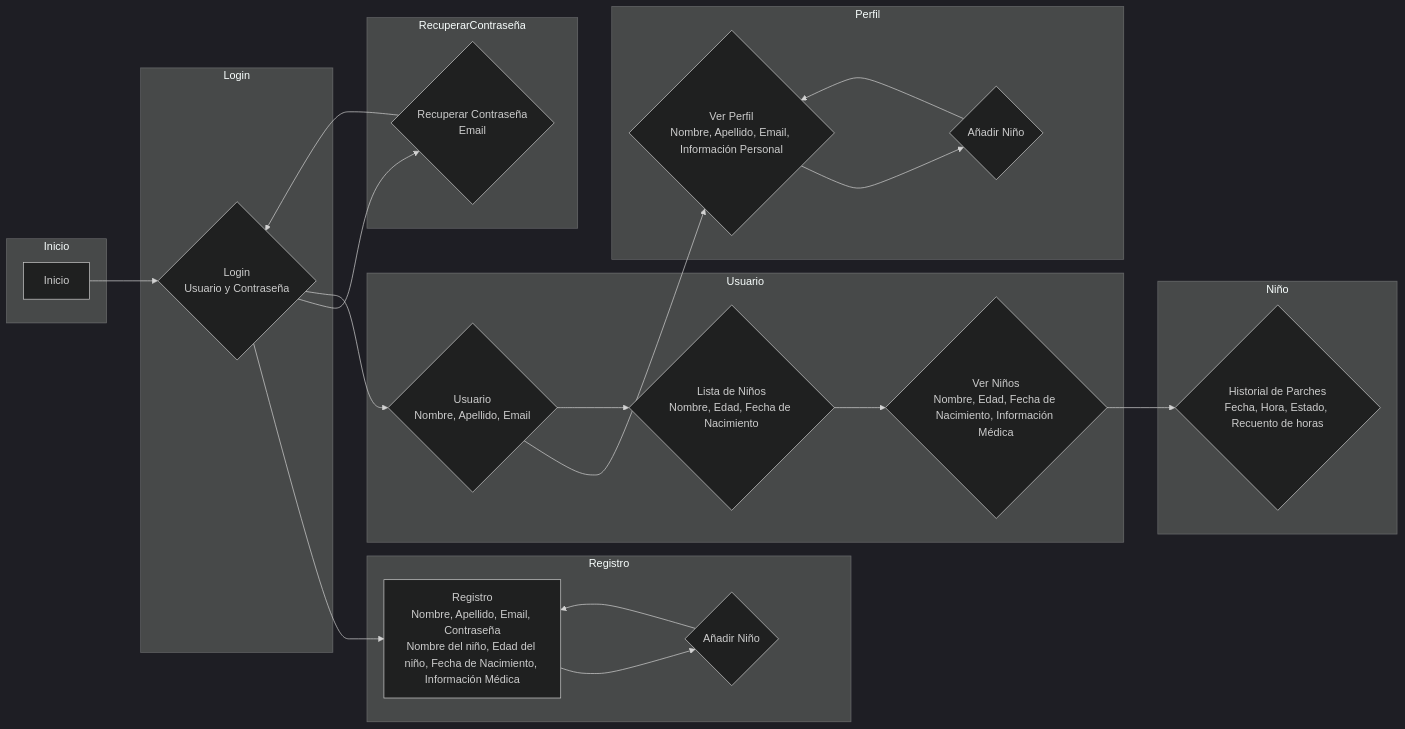
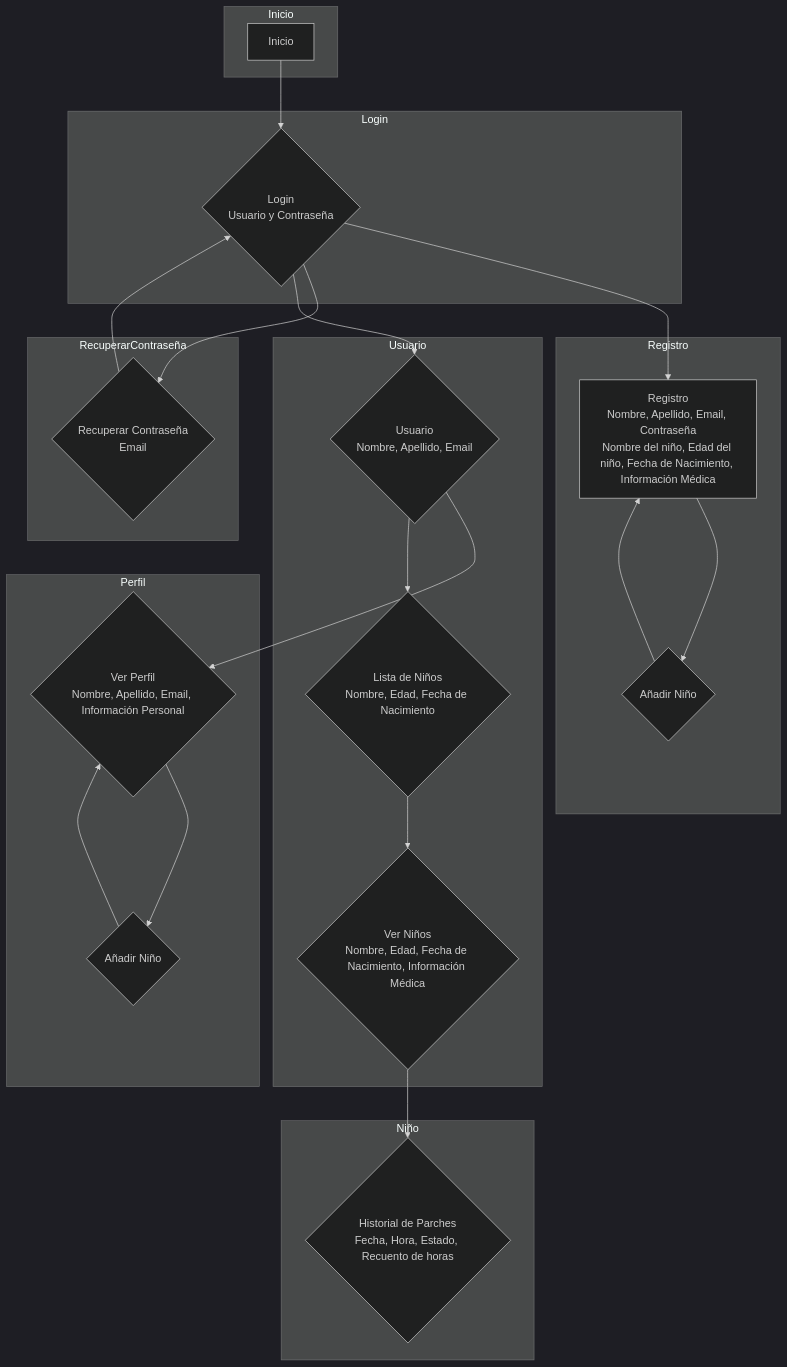
One commit to mactiburon/tapatapp changed the diagram in Prototype1/DiagramaVista.mermaid. Above: the diagram before and after it, drawn with Mermaid (dark theme).

Commit message:
DiagramaVista.mermaid

```diff
--- a/Prototype1/DiagramaVista.mermaid
+++ b/Prototype1/DiagramaVista.mermaid
@@ -1,40 +1,40 @@
-graph LR
+flowchart TD;
     subgraph Inicio
         A[Inicio]
     end
     subgraph Login
         B{Login<br>Usuario y Contraseña}
     end
     subgraph Registro
         C[Registro<br>Nombre, Apellido, Email, Contraseña<br>Nombre del niño, Edad del niño, Fecha de Nacimiento, Información Médica]
         E{Añadir Niño}
     end
     subgraph RecuperarContraseña
         F{Recuperar Contraseña<br>Email}
     end
     subgraph Usuario
         G{Usuario<br>Nombre, Apellido, Email}
         H{Lista de Niños<br>Nombre, Edad, Fecha de Nacimiento}
         I{Ver Niños<br>Nombre, Edad, Fecha de Nacimiento, Información Médica}
     end
     subgraph Perfil
         J{Ver Perfil<br>Nombre, Apellido, Email, Información Personal}
         L{Añadir Niño}
     end
     subgraph Niño
         K{Historial de Parches<br>Fecha, Hora, Estado, Recuento de horas}
     end
 
     A --> B
     B --> C
     C --> E
     E --> C
     B --> F
     F --> B
     B --> G
     G --> J
     G --> H
     H --> I
     I --> K
     J --> L
     L --> J
```
